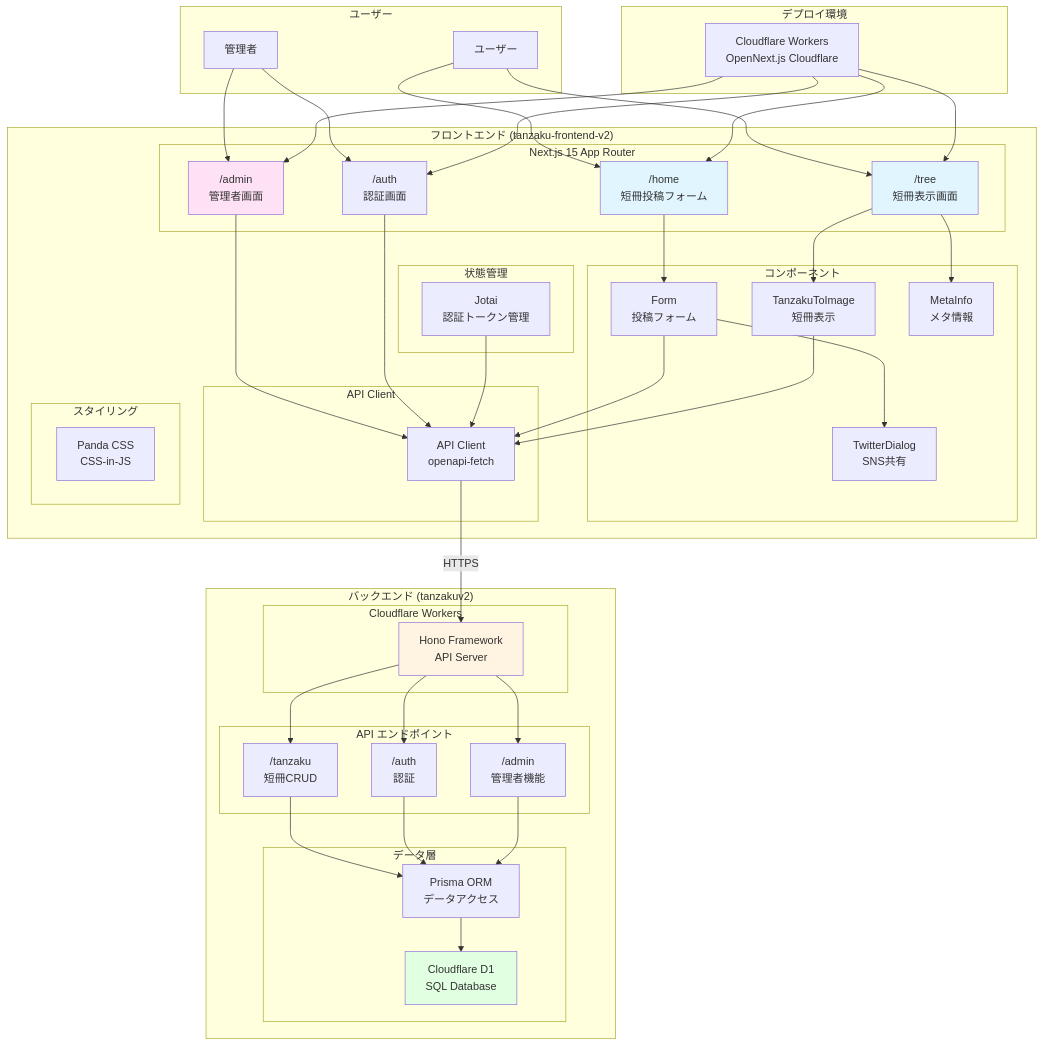
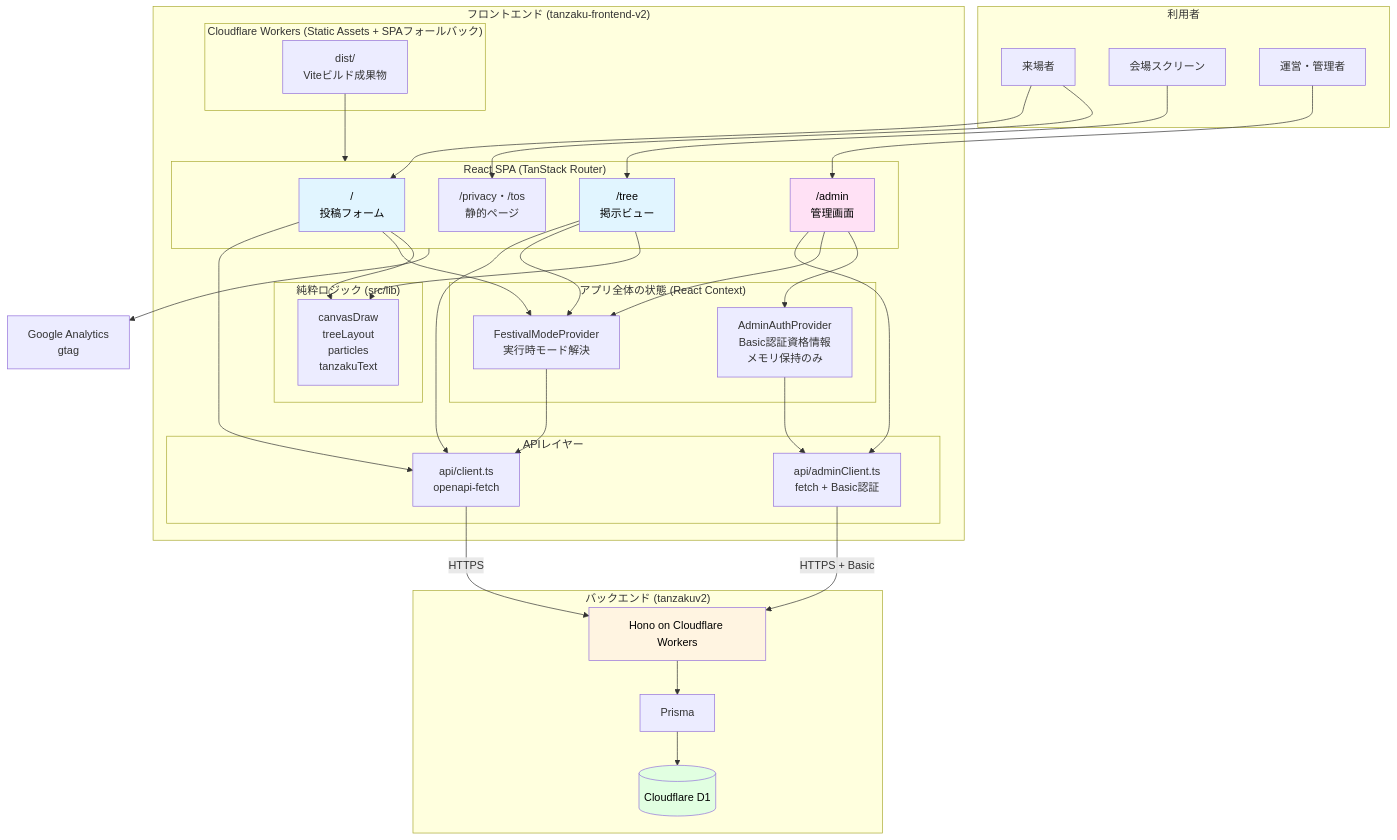
The first of 7 diagrams in architecture.md (itl-marubu/tanzaku-frontend-v2), drawn with Mermaid before and after one commit. The commit also changed other lines of this file and 1 other file, not shown here.

First line of the commit message:
docs: READMEと構成図を現在のmain実装に合わせて更新

````diff
--- a/architecture.md
+++ b/architecture.md
@@ -5,95 +7,76 @@
 ```mermaid
 graph TB
-    subgraph "ユーザー"
-        U[ユーザー]
-        A[管理者]
+    subgraph users["利用者"]
+        U[来場者]
+        S[会場スクリーン]
+        A[運営・管理者]
     end
 
-    subgraph "フロントエンド (tanzaku-frontend-v2)"
-        subgraph "Next.js 15 App Router"
-            HP["/home<br/>短冊投稿フォーム"]
-            TP["/tree<br/>短冊表示画面"]
-            AP["/admin<br/>管理者画面"]
-            AP2["/auth<br/>認証画面"]
+    subgraph fe["フロントエンド (tanzaku-frontend-v2)"]
+        subgraph cf["Cloudflare Workers (Static Assets + SPAフォールバック)"]
+            DIST["dist/<br/>Viteビルド成果物"]
         end
-        
-        subgraph "コンポーネント"
-            F[Form<br/>投稿フォーム]
-            T2I[TanzakuToImage<br/>短冊表示]
-            TD[TwitterDialog<br/>SNS共有]
-            M[MetaInfo<br/>メタ情報]
+
+        subgraph spa["React SPA (TanStack Router)"]
+            R1["/<br/>投稿フォーム"]
+            R2["/tree<br/>掲示ビュー"]
+            R3["/admin<br/>管理画面"]
+            R4["/privacy・/tos<br/>静的ページ"]
         end
-        
-        subgraph "API Client"
-            AC[API Client<br/>openapi-fetch]
+
+        subgraph ctx["アプリ全体の状態 (React Context)"]
+            FM[FestivalModeProvider<br/>実行時モード解決]
+            AA[AdminAuthProvider<br/>Basic認証資格情報<br/>メモリ保持のみ]
         end
-        
-        subgraph "状態管理"
-            J[Jotai<br/>認証トークン管理]
+
+        subgraph apilayer["APIレイヤー"]
+            AC["api/client.ts<br/>openapi-fetch"]
+            MC["api/adminClient.ts<br/>fetch + Basic認証"]
         end
-        
-        subgraph "スタイリング"
-            PC[Panda CSS<br/>CSS-in-JS]
+
+        subgraph libs["純粋ロジック (src/lib)"]
+            LD[canvasDraw<br/>treeLayout<br/>particles<br/>tanzakuText]
         end
     end
 
-    subgraph "デプロイ環境"
-        CFW[Cloudflare Workers<br/>OpenNext.js Cloudflare]
+    subgraph be["バックエンド (tanzakuv2)"]
+        H[Hono on Cloudflare Workers]
+        PR[Prisma]
+        D1[(Cloudflare D1)]
     end
 
-    subgraph "バックエンド (tanzakuv2)"
-        subgraph "Cloudflare Workers"
-            H[Hono Framework<br/>API Server]
-        end
-        
-        subgraph "API エンドポイント"
-            TZ["/tanzaku<br/>短冊CRUD"]
-            AUTH["/auth<br/>認証"]
-            ADM["/admin<br/>管理者機能"]
-        end
-        
-        subgraph "データ層"
-            D1[Cloudflare D1<br/>SQL Database]
-            PR[Prisma ORM<br/>データアクセス]
-        end
-    end
+    GA[Google Analytics<br/>gtag]
 
-    U --> HP
-    U --> TP
-    A --> AP
-    A --> AP2
-    
-    HP --> F
-    TP --> T2I
-    F --> TD
-    TP --> M
-    
-    F --> AC
-    T2I --> AC
-    AP --> AC
-    AP2 --> AC
-    
+    U --> R1
+    S --> R2
+    A --> R3
+    U --> R4
+
+    DIST --> spa
+
+    R1 --> AC
+    R2 --> AC
+    R3 --> MC
+    R3 --> FM
+    R3 --> AA
+    R1 --> FM
+    R2 --> FM
+    FM --> AC
+    AA --> MC
+
+    R1 --> LD
+    R2 --> LD
+
     AC -->|HTTPS| H
-    J --> AC
-    
-    CFW --> HP
-    CFW --> TP
-    CFW --> AP
-    CFW --> AP2
-    
-    H --> TZ
-    H --> AUTH
-    H --> ADM
-    
-    TZ --> PR
-    AUTH --> PR
-    ADM --> PR
-    
+    MC -->|HTTPS + Basic| H
+    spa --> GA
+
+    H --> PR
     PR --> D1
 
-    style HP fill:#e1f5ff
-    style TP fill:#e1f5ff
-    style AP fill:#ffe1f5
-    style H fill:#fff4e1
-    style D1 fill:#e1ffe1
+    style R1 fill:#e1f5ff,color:#000
+    style R2 fill:#e1f5ff,color:#000
+    style R3 fill:#ffe1f5,color:#000
+    style H fill:#fff4e1,color:#000
+    style D1 fill:#e1ffe1,color:#000
 ```
````
